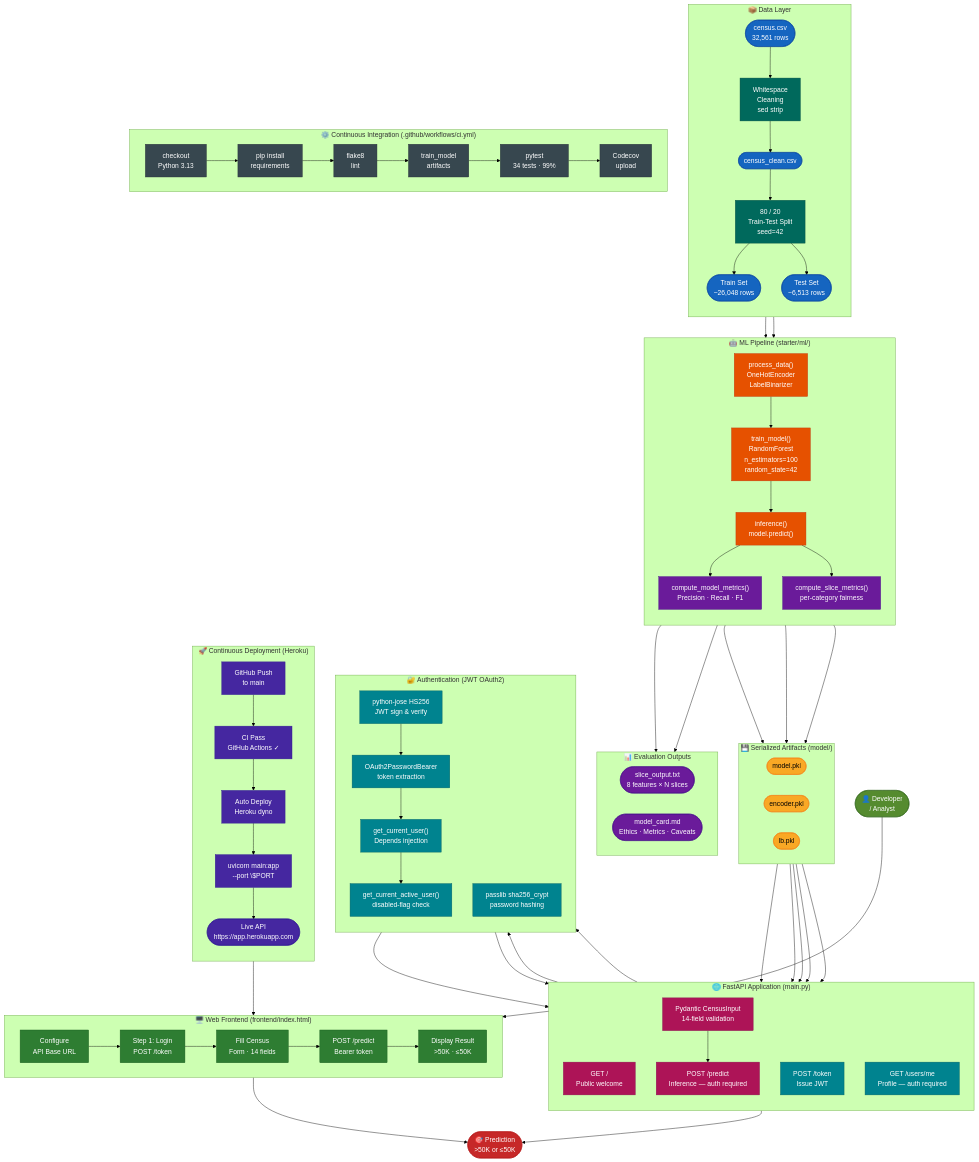
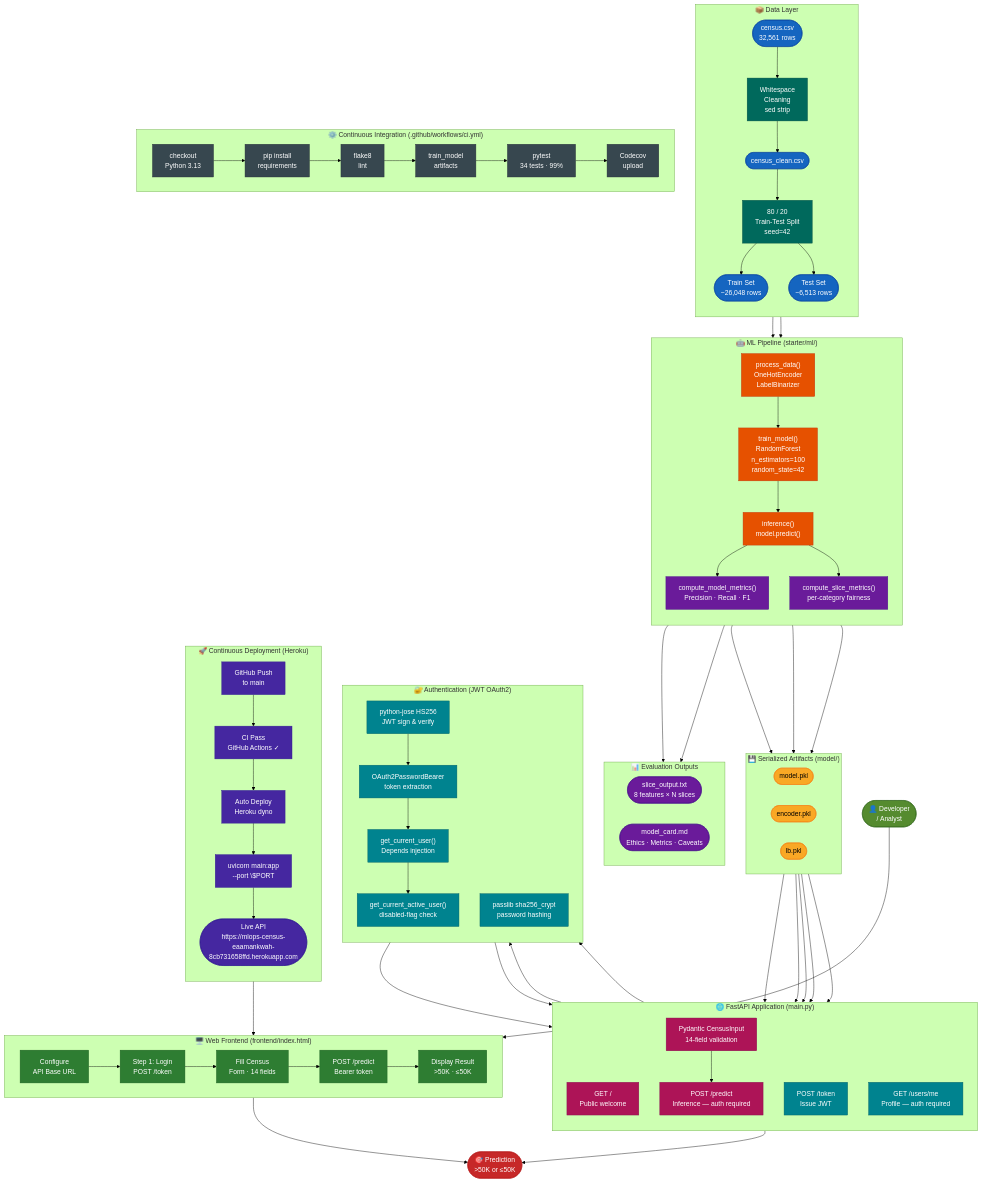
One commit to eaamankwah/mlops-census-classifier changed the diagram in README.md. Above: the diagram before and after it, drawn with Mermaid (forest theme). The commit also changed other lines of this file, not shown here.

Commit message:
docs: update README with final Heroku URL

```diff
--- a/README.md
+++ b/README.md
@@ -262,7 +262,7 @@
         CD2["CI Pass\nGitHub Actions ✓"]:::deployNode
         CD3["Auto Deploy\nHeroku dyno"]:::deployNode
         CD4["uvicorn main:app\n--port \$PORT"]:::deployNode
-        CD5(["Live API\nhttps://app.herokuapp.com"]):::deployNode
+        CD5(["Live API\nhttps://mlops-census-eaamankwah-8cb731658ffd.herokuapp.com"]):::deployNode
     end
 
     %% ── FRONTEND ─────────────────────────────────────────────────────────────
```
